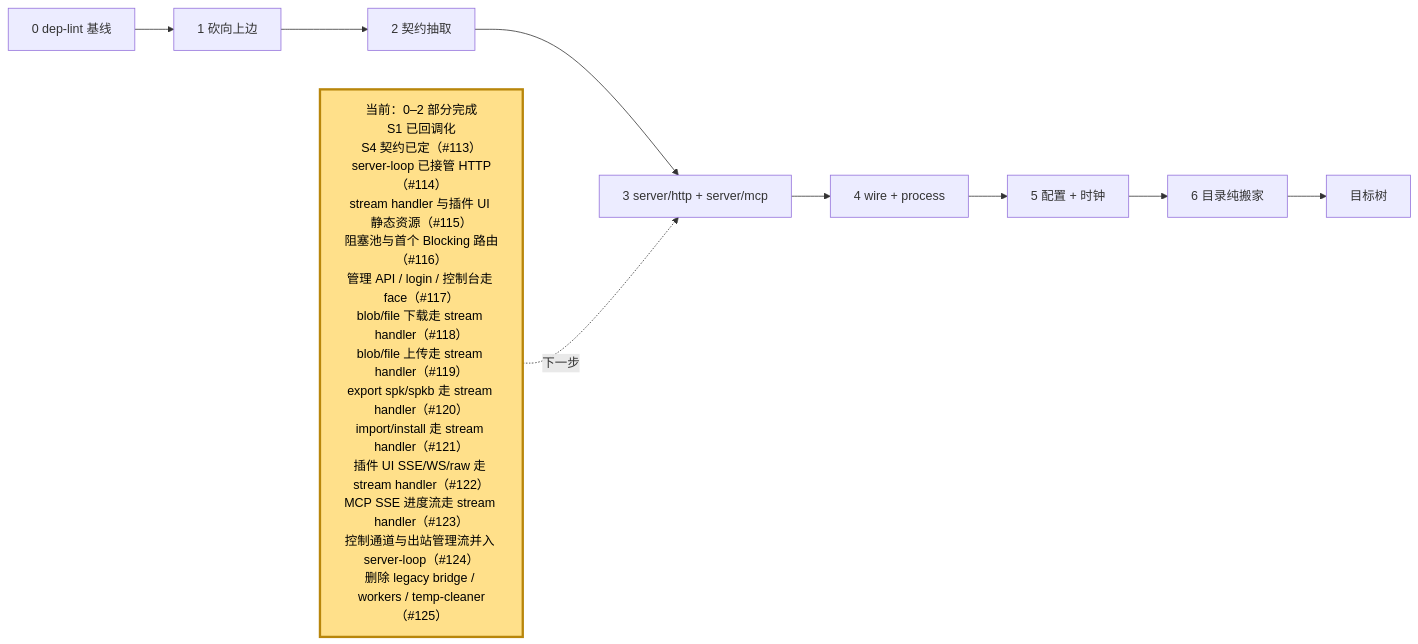
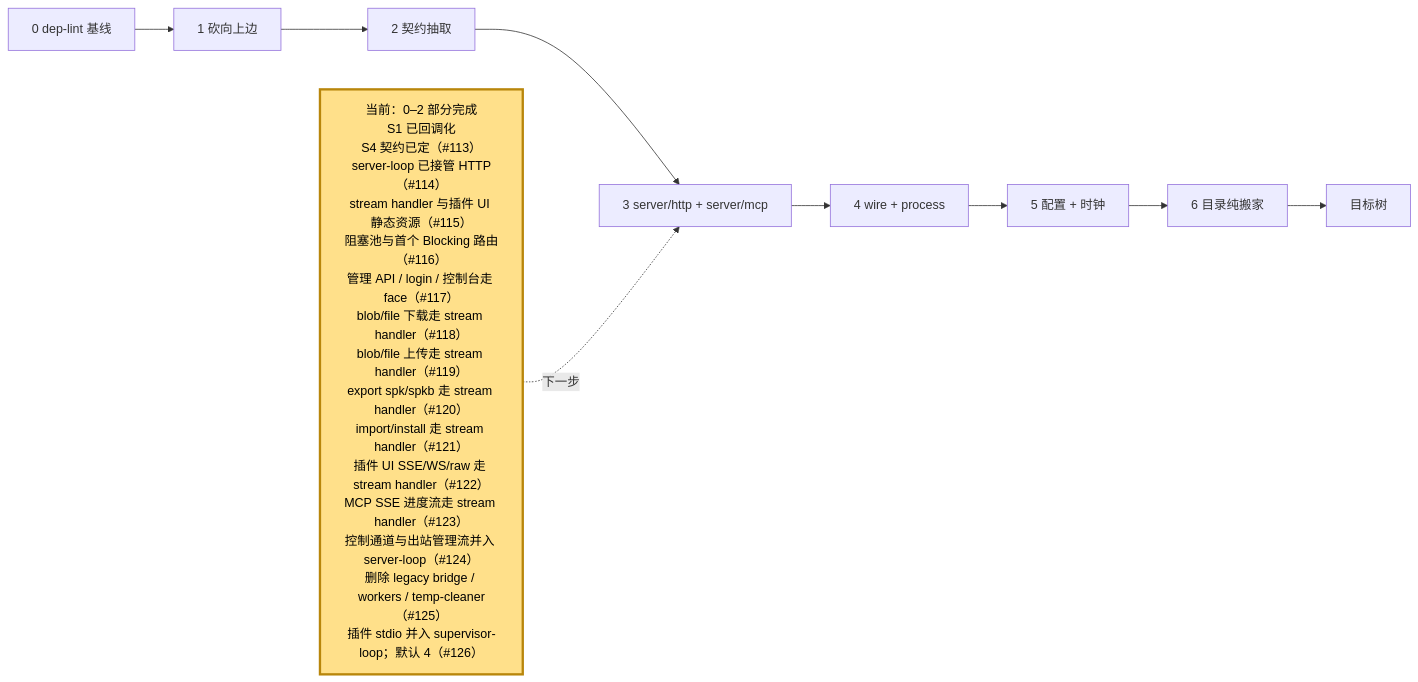
One commit to webxxxxx/plugin-manager changed the fifth of 5 diagrams in docs/architecture.md. Above: the diagram before and after it, drawn with Mermaid.

Commit message:
docs(arch): S4 收口：当前拓扑补 #126 插件 stdio 并入 supervisor-loop (#112)

````diff
--- a/docs/architecture.md
+++ b/docs/architecture.md
@@ -379,15 +379,15 @@
 ```mermaid
 flowchart LR
     S0["0 dep-lint 基线"] --> S1["1 砍向上边"]
     S1 --> S2["2 契约抽取"]
     S2 --> S3["3 server/http + server/mcp"]
     S3 --> S4["4 wire + process"]
     S4 --> S5["5 配置 + 时钟"]
     S5 --> S6["6 目录纯搬家"]
     S6 --> DONE["目标树"]
 
-    NOW["当前：0–2 部分完成<br/>S1 已回调化<br/>S4 契约已定（#113）<br/>server-loop 已接管 HTTP（#114）<br/>stream handler 与插件 UI 静态资源（#115）<br/>阻塞池与首个 Blocking 路由（#116）<br/>管理 API / login / 控制台走 face（#117）<br/>blob/file 下载走 stream handler（#118）<br/>blob/file 上传走 stream handler（#119）<br/>export spk/spkb 走 stream handler（#120）<br/>import/install 走 stream handler（#121）<br/>插件 UI SSE/WS/raw 走 stream handler（#122）<br/>MCP SSE 进度流走 stream handler（#123）<br/>控制通道与出站管理流并入 server-loop（#124）<br/>删除 legacy bridge / workers / temp-cleaner（#125）"]:::current
+    NOW["当前：0–2 部分完成<br/>S1 已回调化<br/>S4 契约已定（#113）<br/>server-loop 已接管 HTTP（#114）<br/>stream handler 与插件 UI 静态资源（#115）<br/>阻塞池与首个 Blocking 路由（#116）<br/>管理 API / login / 控制台走 face（#117）<br/>blob/file 下载走 stream handler（#118）<br/>blob/file 上传走 stream handler（#119）<br/>export spk/spkb 走 stream handler（#120）<br/>import/install 走 stream handler（#121）<br/>插件 UI SSE/WS/raw 走 stream handler（#122）<br/>MCP SSE 进度流走 stream handler（#123）<br/>控制通道与出站管理流并入 server-loop（#124）<br/>删除 legacy bridge / workers / temp-cleaner（#125）<br/>插件 stdio 并入 supervisor-loop；默认 4（#126）"]:::current
     NOW -.->|下一步| S3
 
     classDef current fill:#ffe08a,stroke:#b8860b,stroke-width:3px,color:#000
 ```
````
